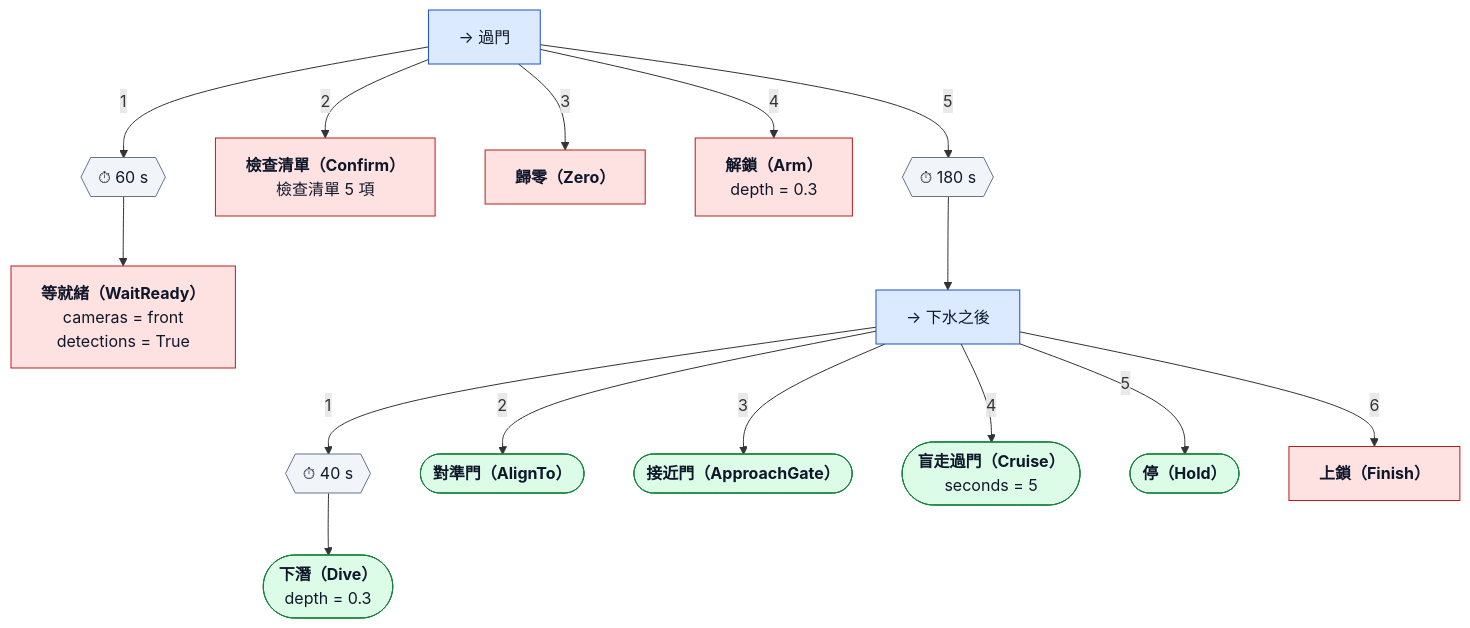
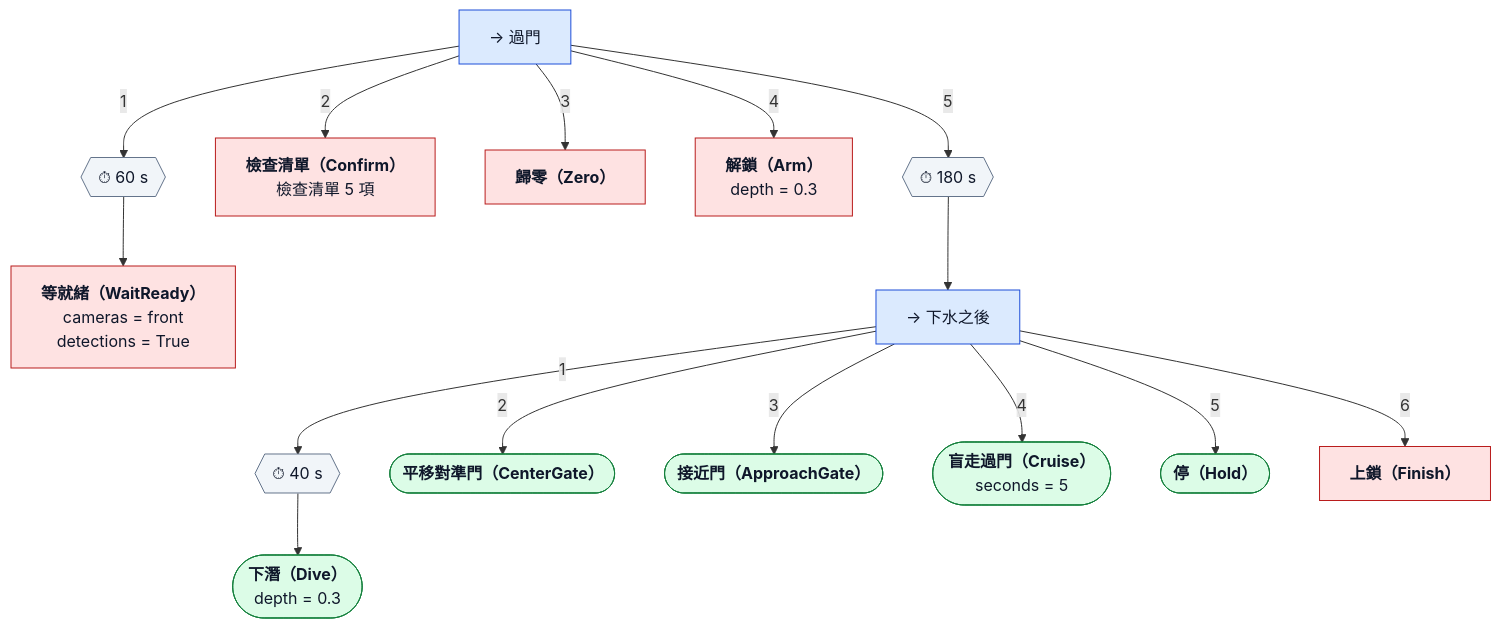
Before and after one commit to NCTU-AUV/orca: the diagram in src/orca_mission/trees/gate_pass.md, drawn with Mermaid. The commit also changed other lines of this file and 6 other files, not shown here.

````diff
--- a/src/orca_mission/trees/gate_pass.md
+++ b/src/orca_mission/trees/gate_pass.md
@@ -16,39 +17,39 @@
 ```mermaid
 flowchart TD
   n0["→ 過門"]:::seq
   n1{{"⏱ 60 s"}}:::dec
   n0 -->|1| n1
   n2["<b>等就緒（WaitReady）</b><br/>cameras = front<br/>detections = True"]:::mission
   n1 --> n2
   n3["<b>檢查清單（Confirm）</b><br/>檢查清單 5 項"]:::mission
   n0 -->|2| n3
   n4["<b>歸零（Zero）</b>"]:::mission
   n0 -->|3| n4
   n5["<b>解鎖（Arm）</b><br/>depth = 0.3"]:::mission
   n0 -->|4| n5
   n6{{"⏱ 180 s"}}:::dec
   n0 -->|5| n6
   n7["→ 下水之後"]:::seq
   n6 --> n7
   n8{{"⏱ 40 s"}}:::dec
   n7 -->|1| n8
   n9(["<b>下潛（Dive）</b><br/>depth = 0.3"]):::task
   n8 --> n9
-  n10(["<b>對準門（AlignTo）</b>"]):::task
+  n10(["<b>平移對準門（CenterGate）</b>"]):::task
   n7 -->|2| n10
   n11(["<b>接近門（ApproachGate）</b>"]):::task
   n7 -->|3| n11
   n12(["<b>盲走過門（Cruise）</b><br/>seconds = 5"]):::task
   n7 -->|4| n12
   n13(["<b>停（Hold）</b>"]):::task
   n7 -->|5| n13
   n14["<b>上鎖（Finish）</b>"]:::mission
   n7 -->|6| n14
   classDef seq fill:#dbeafe,stroke:#1d4ed8,color:#0f172a
   classDef sel fill:#fef3c7,stroke:#b45309,color:#0f172a
   classDef par fill:#ede9fe,stroke:#6d28d9,color:#0f172a
   classDef dec fill:#f1f5f9,stroke:#64748b,color:#0f172a
   classDef task fill:#dcfce7,stroke:#15803d,color:#0f172a
   classDef mission fill:#fee2e2,stroke:#b91c1c,color:#0f172a
   classDef cond fill:#fff,stroke:#0f172a,color:#0f172a
 ```
````
